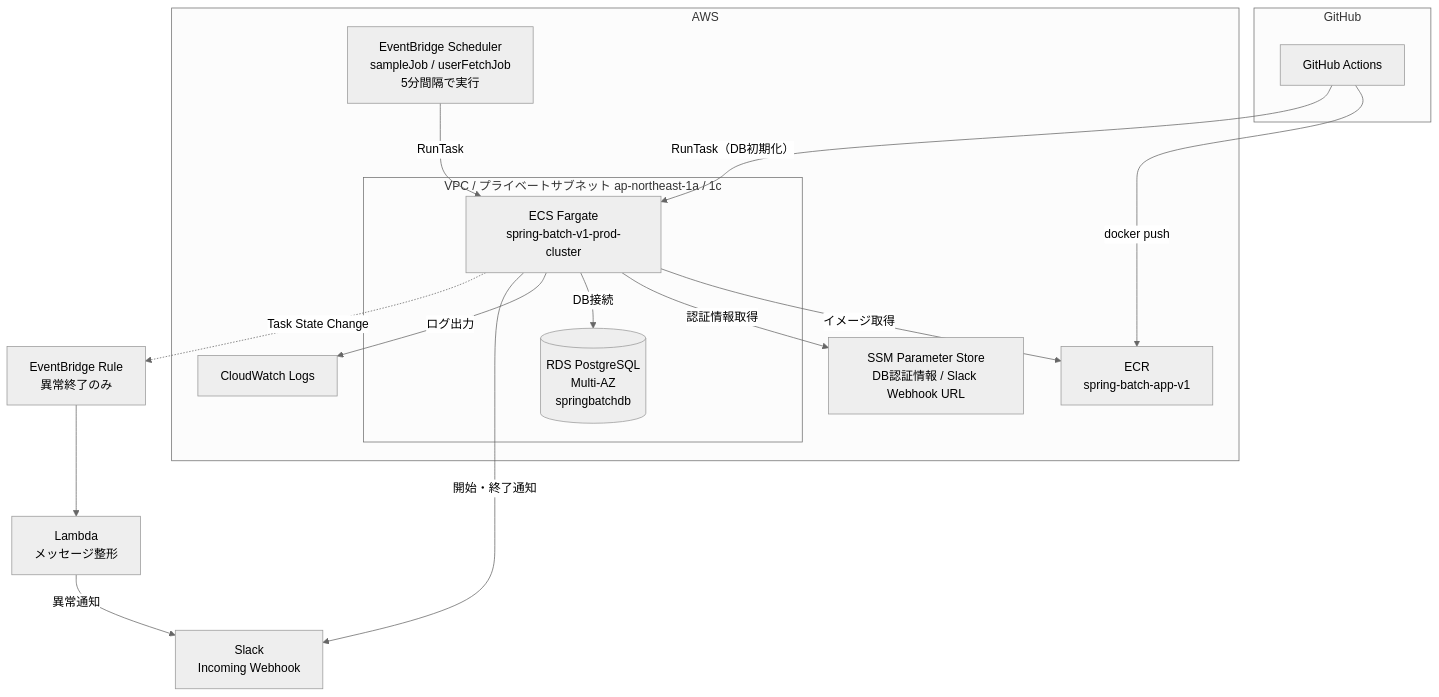
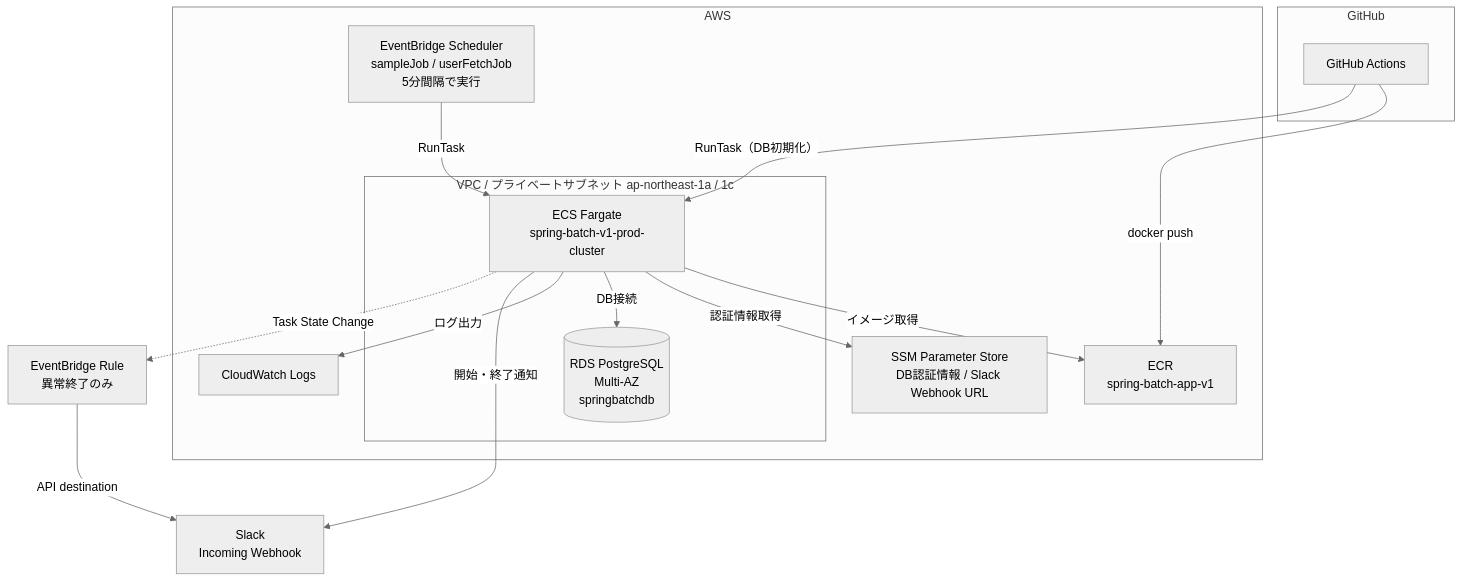
The diagram in infra/README.md (sukunahikona/spring-batch-v1-monorepo), drawn with Mermaid (neutral theme) before and after one commit. The commit also changed other lines of this file and 7 other files, not shown here.

````diff
--- a/infra/README.md
+++ b/infra/README.md
@@ -36,30 +36,29 @@
 ```mermaid
 graph TB
     subgraph GitHub
         GHA[GitHub Actions]
     end
 
     subgraph AWS
         ECR[ECR\nspring-batch-app-v1]
         EBS[EventBridge Scheduler\nsampleJob / userFetchJob\n5分間隔で実行]
         SSM[SSM Parameter Store\nDB認証情報 / Slack Webhook URL]
         CWL[CloudWatch Logs]
 
         subgraph VPC / プライベートサブネット ap-northeast-1a / 1c
             ECS[ECS Fargate\nspring-batch-v1-prod-cluster]
             RDS[(RDS PostgreSQL\nMulti-AZ\nspringbatchdb)]
         end
     end
 
     GHA -->|docker push| ECR
     GHA -->|RunTask（DB初期化）| ECS
     EBS -->|RunTask| ECS
     ECS -->|イメージ取得| ECR
     ECS -->|認証情報取得| SSM
     ECS -->|DB接続| RDS
     ECS -->|ログ出力| CWL
     ECS -->|開始・終了通知| SLACK[Slack\nIncoming Webhook]
     ECS -.->|Task State Change| EVR[EventBridge Rule\n異常終了のみ]
-    EVR --> LMB[Lambda\nメッセージ整形]
-    LMB -->|異常通知| SLACK
+    EVR -->|API destination| SLACK
 ```
````
